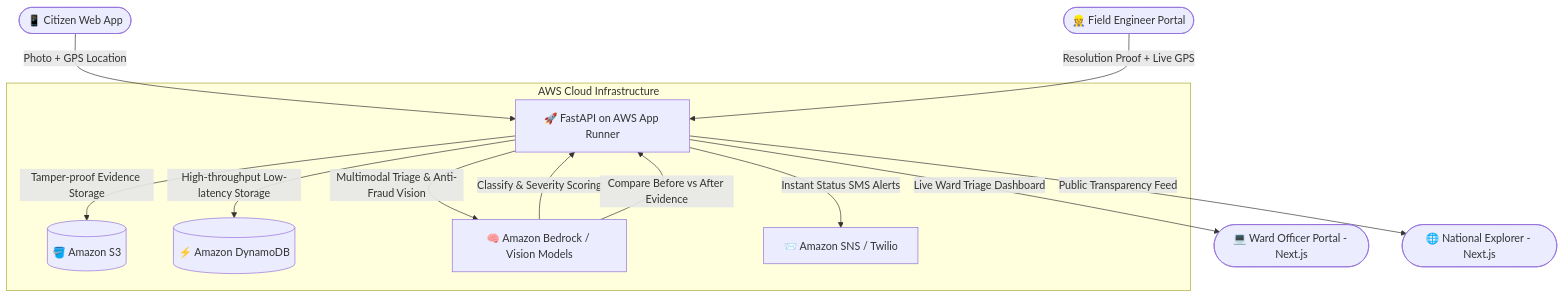
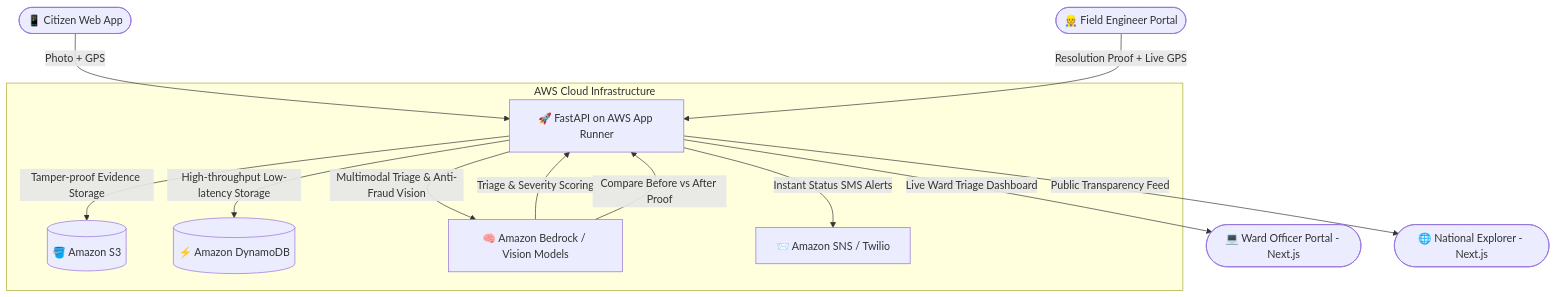
One commit to code-1705/CivicFix changed the second of 2 diagrams in README.md. Above: the diagram before and after it, drawn with Mermaid. The commit also changed other lines of this file, not shown here.

````diff
--- a/README.md
+++ b/README.md
@@ -52,17 +106,17 @@
 ```mermaid
 flowchart TD
-    Citizen([📱 Citizen Web App]) -->|Photo + GPS Location| API[🚀 FastAPI on AWS App Runner]
+    Citizen([📱 Citizen Web App]) -->|Photo + GPS| API[🚀 FastAPI on AWS App Runner]
     Officer([👷 Field Engineer Portal]) -->|Resolution Proof + Live GPS| API
     
     subgraph AWS Cloud Infrastructure
         API -->|Tamper-proof Evidence Storage| S3[(🪣 Amazon S3)]
         API -->|High-throughput Low-latency Storage| DDB[(⚡ Amazon DynamoDB)]
         API -->|Multimodal Triage & Anti-Fraud Vision| Bedrock[🧠 Amazon Bedrock / Vision Models]
         API -->|Instant Status SMS Alerts| SNS[📨 Amazon SNS / Twilio]
     end
     
-    Bedrock -->|Classify & Severity Scoring| API
-    Bedrock -->|Compare Before vs After Evidence| API
+    Bedrock -->|Triage & Severity Scoring| API
+    Bedrock -->|Compare Before vs After Proof| API
     API -->|Live Ward Triage Dashboard| WardUI([💻 Ward Officer Portal - Next.js])
     API -->|Public Transparency Feed| Explorer([🌐 National Explorer - Next.js])
 ```
````
